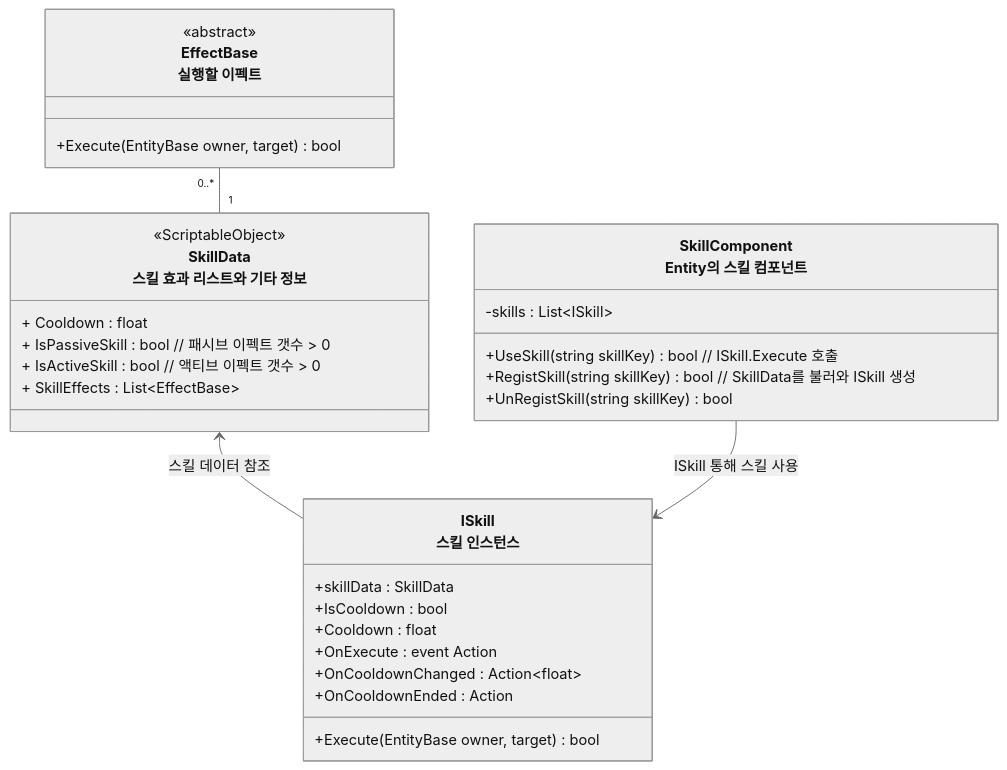
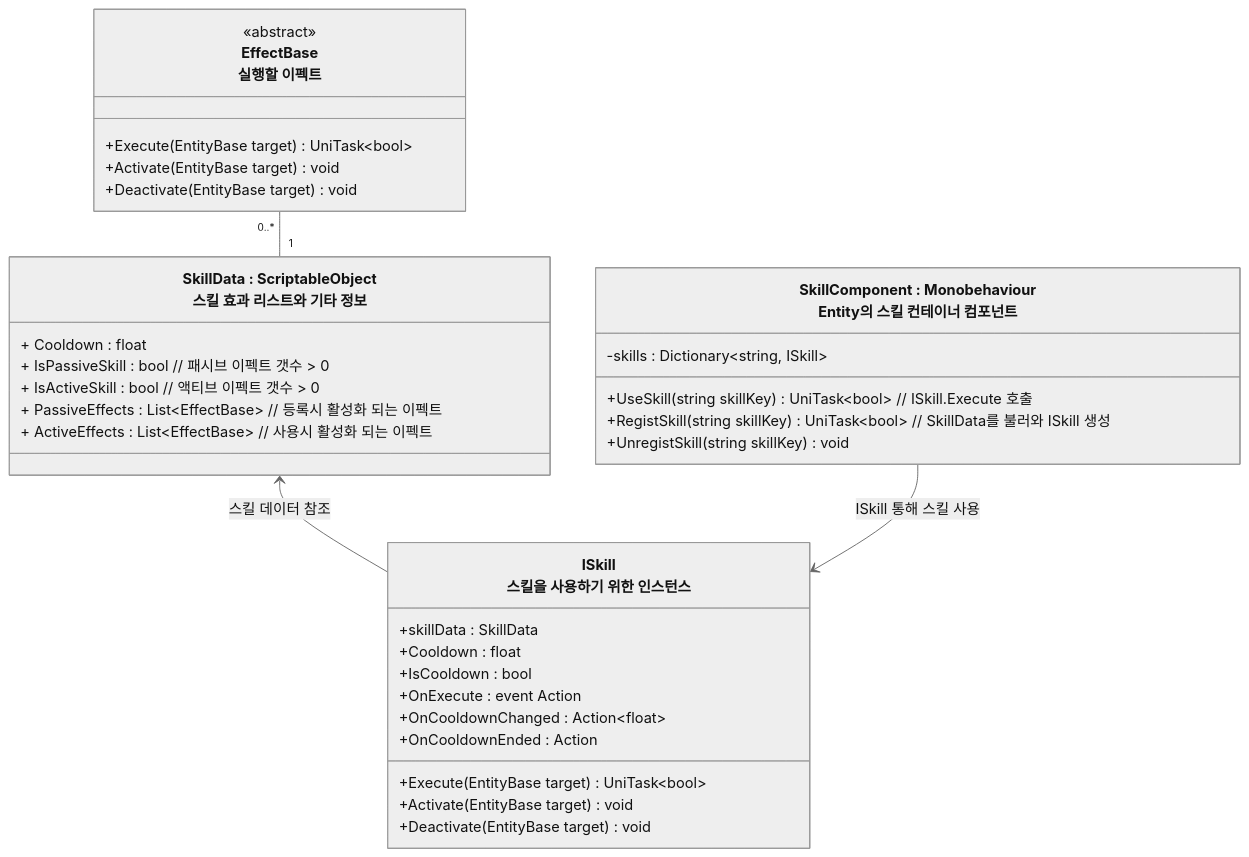
One commit to JIN5EOK/DungeonShooter changed the first of 2 diagrams in README/스킬시스템_설계.md. Above: the diagram before and after it, drawn with Mermaid (neutral theme). The commit also changed other lines of this file, not shown here.

````diff
--- a/README/스킬시스템_설계.md
+++ b/README/스킬시스템_설계.md
@@ -7,35 +7,39 @@
 ```mermaid
 classDiagram
     class EffectBase["EffectBase<br>실행할 이펙트"]{
         <<abstract>>
-        +Execute(EntityBase owner, target) bool
+        +Execute(EntityBase target) UniTask~bool~
+        +Activate(EntityBase target) void
+        +Deactivate(EntityBase target) void
     }
     
-    class SkillData["SkillData<br>스킬 효과 리스트와 기타 정보"]{
-        <<ScriptableObject>>
+    class SkillData["SkillData : ScriptableObject<br>스킬 효과 리스트와 기타 정보"]{
         + Cooldown : float
 		+ IsPassiveSkill : bool // 패시브 이펙트 갯수 > 0
 		+ IsActiveSkill : bool // 액티브 이펙트 갯수 > 0
-        + SkillEffects : List~EffectBase~
+        + PassiveEffects : List~EffectBase~ // 등록시 활성화 되는 이펙트
+        + ActiveEffects : List~EffectBase~ // 사용시 활성화 되는 이펙트
     }
 
-    class ISkill["ISkill<br>스킬 인스턴스"]{
+    class ISkill["ISkill<br>스킬을 사용하기 위한 인스턴스"]{
         +skillData : SkillData
+        +Cooldown : float
         +IsCooldown : bool
-        +Cooldown : float
         +OnExecute : event Action
         +OnCooldownChanged : Action~float~
         +OnCooldownEnded : Action
-        +Execute(EntityBase owner, target) bool
+        +Execute(EntityBase target) UniTask~bool~
+        +Activate(EntityBase target) void
+        +Deactivate(EntityBase target) void
     }
 
-    class SkillComponent["SkillComponent<br>Entity의 스킬 컴포넌트"]{
-        -skills : List~ISkill~
-        +UseSkill(string skillKey) bool // ISkill.Execute 호출
-        +RegistSkill(string skillKey) bool // SkillData를 불러와 ISkill 생성 
-        +UnRegistSkill(string skillKey) bool
+    class SkillComponent["SkillComponent : Monobehaviour<br>Entity의 스킬 컨테이너 컴포넌트"]{
+        -skills : Dictionary~string, ISkill~
+        +UseSkill(string skillKey) UniTask~bool~ // ISkill.Execute 호출
+        +RegistSkill(string skillKey) UniTask~bool~ // SkillData를 불러와 ISkill 생성 
+        +UnregistSkill(string skillKey) void
     }
     SkillData <-- ISkill : 스킬 데이터 참조
     EffectBase "0..*"--"1" SkillData
     SkillComponent --> ISkill  : ISkill 통해 스킬 사용
 ```
````
